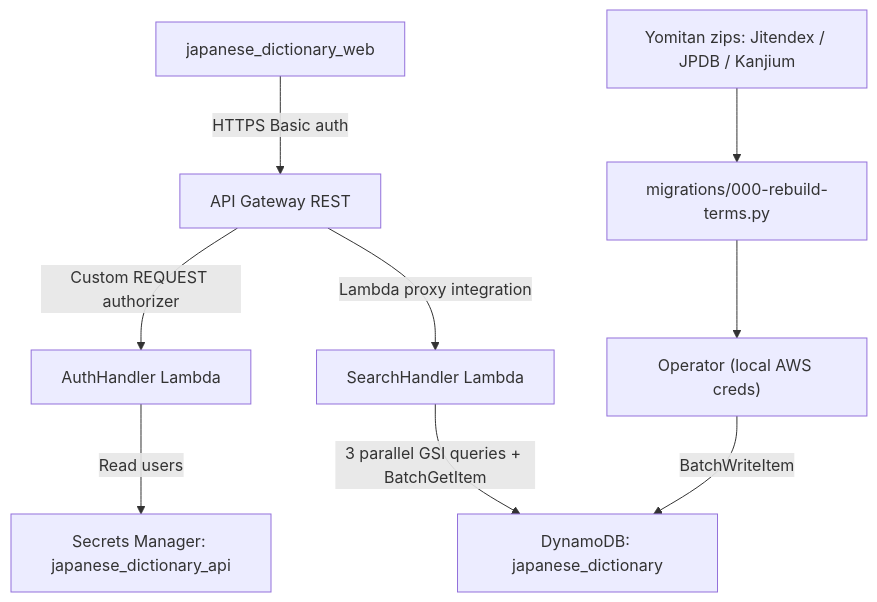
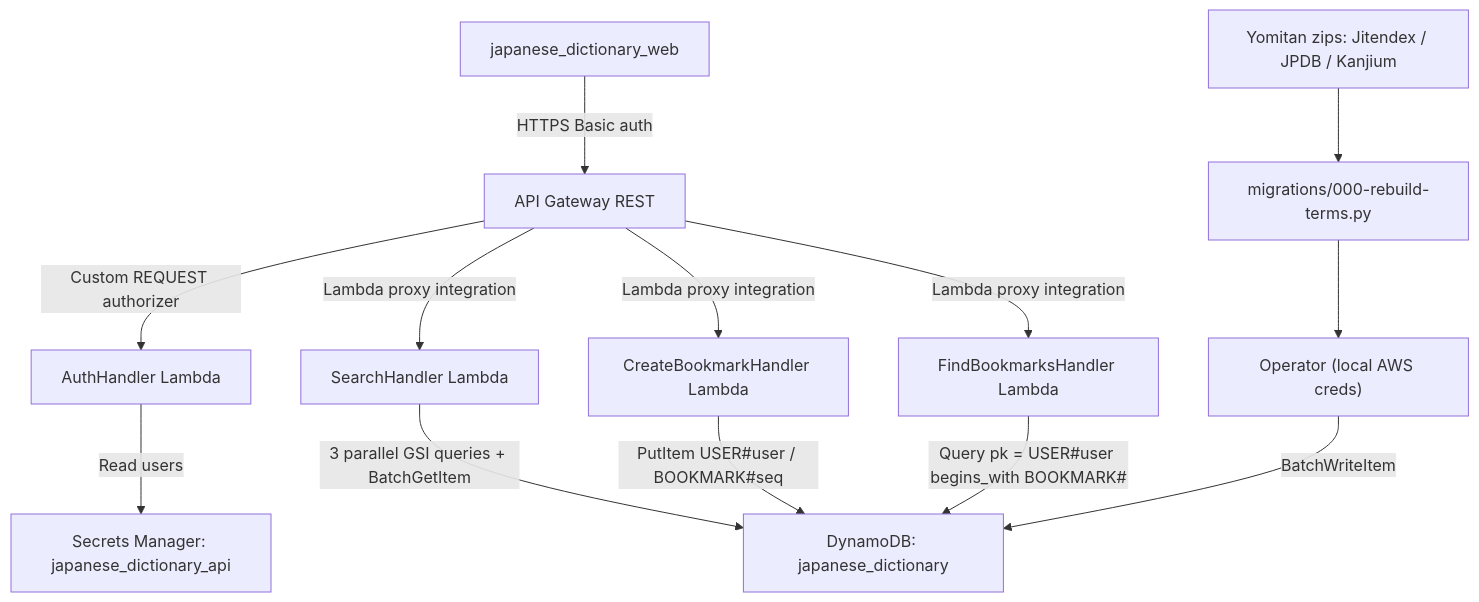
One commit to jordansimsmith/jordansimsmith-com changed the first of 4 diagrams in japanese_dictionary_api/README.md. Above: the diagram before and after it, drawn with Mermaid. The commit also changed other lines of this file and 26 other files, not shown here.

First line of the commit message:
Add per-user bookmarks to japanese dictionary

````diff
--- a/japanese_dictionary_api/README.md
+++ b/japanese_dictionary_api/README.md
@@ -50,11 +57,15 @@
 ```mermaid
 flowchart TD
   webClient["japanese_dictionary_web"] -->|"HTTPS Basic auth"| apiGateway["API Gateway REST"]
   apiGateway -->|"Custom REQUEST authorizer"| authLambda["AuthHandler Lambda"]
   authLambda -->|"Read users"| secretsManager["Secrets Manager: japanese_dictionary_api"]
   apiGateway -->|"Lambda proxy integration"| searchLambda["SearchHandler Lambda"]
+  apiGateway -->|"Lambda proxy integration"| createBookmarkLambda["CreateBookmarkHandler Lambda"]
+  apiGateway -->|"Lambda proxy integration"| findBookmarksLambda["FindBookmarksHandler Lambda"]
   searchLambda -->|"3 parallel GSI queries + BatchGetItem"| dynamoTable["DynamoDB: japanese_dictionary"]
+  createBookmarkLambda -->|"PutItem USER#user / BOOKMARK#seq"| dynamoTable
+  findBookmarksLambda -->|"Query pk = USER#user begins_with BOOKMARK#"| dynamoTable
   operator["Operator (local AWS creds)"] -->|"BatchWriteItem"| dynamoTable
   zips["Yomitan zips: Jitendex / JPDB / Kanjium"] --> migration["migrations/000-rebuild-terms.py"]
   migration --> operator
 ```
````
